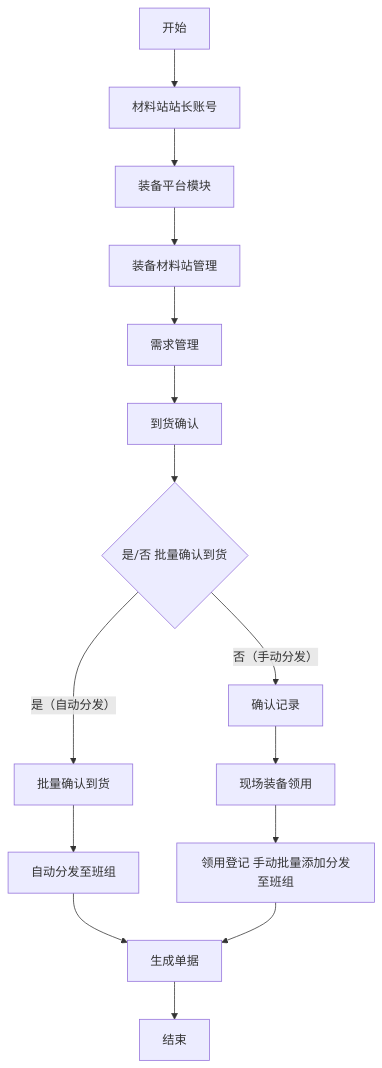
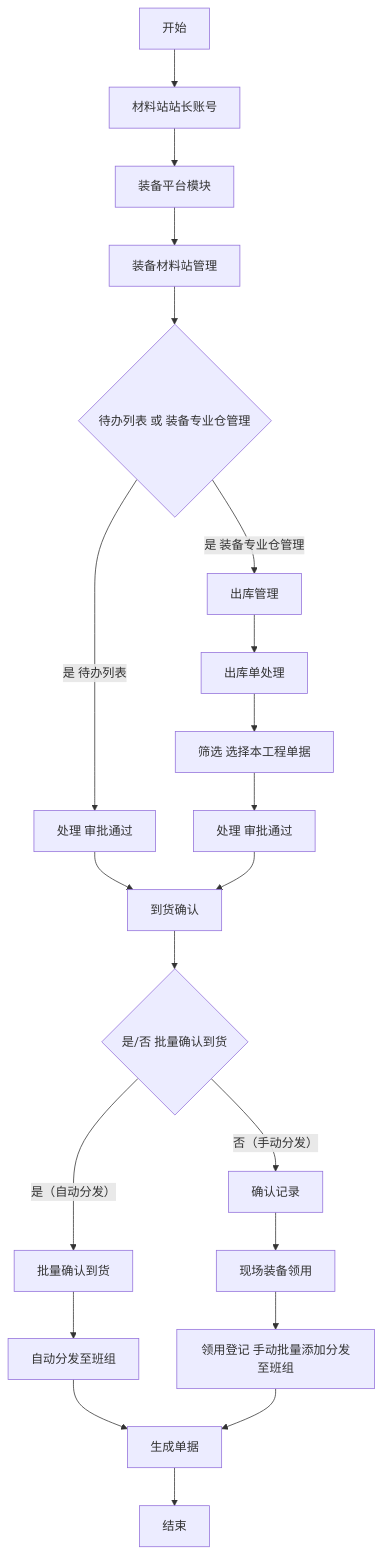
One commit to glaze-blue/zett-single-project changed the fourth of 8 diagrams in asset/单项工程现场装备全流程管理流程图.md. Above: the diagram before and after it, drawn with Mermaid.

Commit message:
单项工程名称模块调整，流程图相应的做出调整

````diff
--- a/asset/单项工程现场装备全流程管理流程图.md
+++ b/asset/单项工程现场装备全流程管理流程图.md
@@ -100,17 +100,19 @@
 ```mermaid
 graph TD
     00[开始] --> A[材料站站长账号]
     A --> B[装备平台模块]
     B --> C[装备材料站管理]
-    C --> D[需求管理]
-    D --> E[到货确认]
+    C --> D{待办列表 或 装备专业仓管理}
+    D --> |是 待办列表|D1[处理 审批通过] --> E[到货确认]
+    D --> |是 装备专业仓管理|D2[出库管理] --> D3[出库单处理] --> D4[筛选 选择本工程单据] --> D5[处理 审批通过]
+    D5 --> E[到货确认]
     E --> F{是/否 批量确认到货}
     F --> |是（自动分发）|G[批量确认到货]
     F --> |否（手动分发）|H[确认记录]
     G --> I[自动分发至班组]
     I --> K[生成单据]
     H --> J[现场装备领用]
     J --> L[领用登记 手动批量添加分发至班组]
     L --> K[生成单据]
     K --> M[结束]
 ```
````
